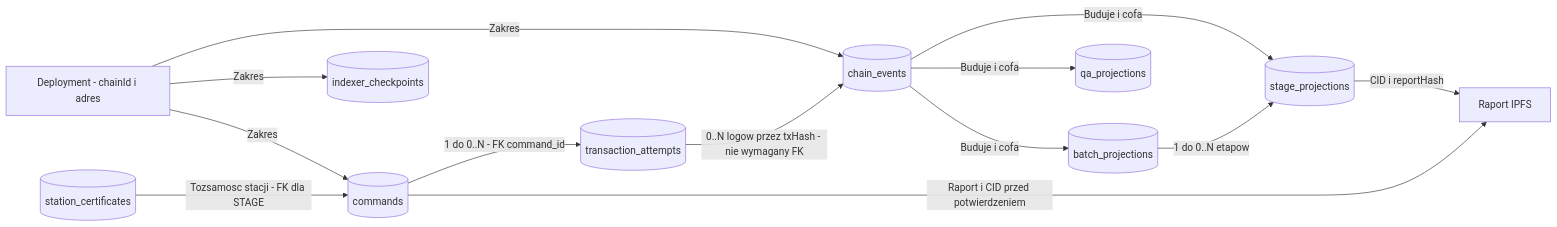
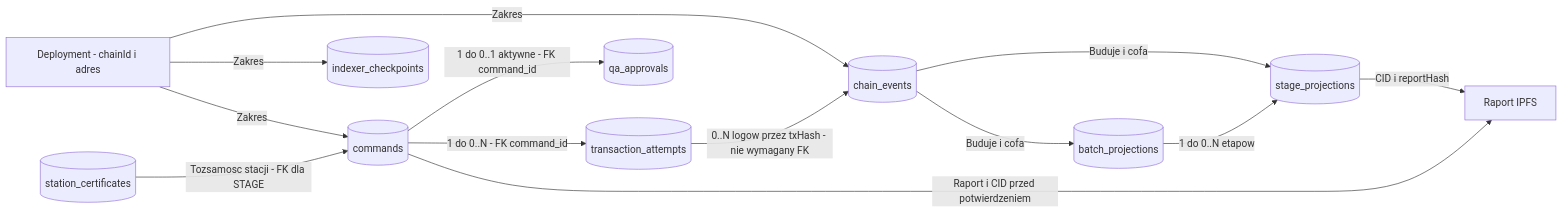
The first of 3 diagrams in docs/data-model.md (nimek06/PZ_supply_blockchain), drawn with Mermaid before and after one commit. The commit also changed other lines of this file and 64 other files, not shown here.

````diff
--- a/docs/data-model.md
+++ b/docs/data-model.md
@@ -38,25 +39,25 @@
 ```mermaid
 flowchart LR
     ScopeData["Deployment - chainId i adres"]
     CommandData[("commands")]
     AttemptData[("transaction_attempts")]
     EventData[("chain_events")]
     CheckpointData[("indexer_checkpoints")]
     BatchData[("batch_projections")]
     StageData[("stage_projections")]
-    QaData[("qa_projections")]
+    ApprovalData[("qa_approvals")]
     ReportData["Raport IPFS"]
     CertificateData[("station_certificates")]
     ScopeData -->|"Zakres"| CommandData
     ScopeData -->|"Zakres"| EventData
     ScopeData -->|"Zakres"| CheckpointData
     CommandData -->|"1 do 0..N - FK command_id"| AttemptData
+    CommandData -->|"1 do 0..1 aktywne - FK command_id"| ApprovalData
     AttemptData -->|"0..N logow przez txHash - nie wymagany FK"| EventData
     EventData -->|"Buduje i cofa"| BatchData
     EventData -->|"Buduje i cofa"| StageData
-    EventData -->|"Buduje i cofa"| QaData
     BatchData -->|"1 do 0..N etapow"| StageData
     StageData -->|"CID i reportHash"| ReportData
     CommandData -->|"Raport i CID przed potwierdzeniem"| ReportData
     CertificateData -->|"Tozsamosc stacji - FK dla STAGE"| CommandData
 ```
````
